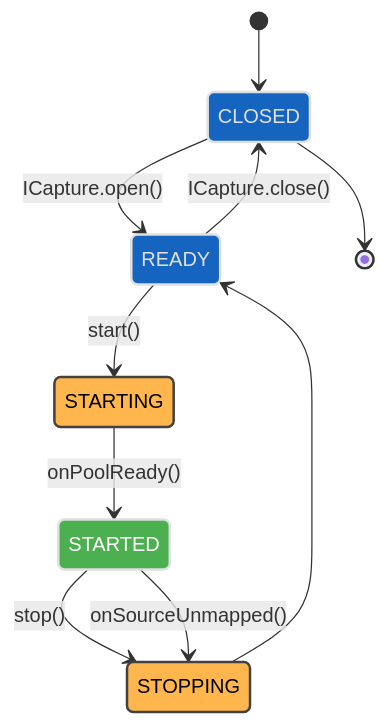
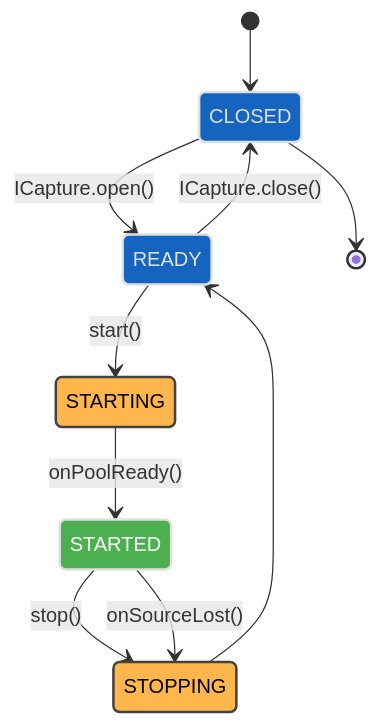
The third of 5 diagrams in capture/current/docs/capture_interface.md (rdkcentral/rdk-halif-aidl), drawn with Mermaid before and after one commit. The commit also changed other lines of this file and 3 other files, not shown here.

````diff
--- a/capture/current/docs/capture_interface.md
+++ b/capture/current/docs/capture_interface.md
@@ -235,20 +235,20 @@
 ```mermaid
 stateDiagram-v2
     [*] --> CLOSED
     CLOSED --> READY: ICapture.open()
     READY --> STARTING: start()
     STARTING --> STARTED: onPoolReady()
     STARTED --> STOPPING: stop()
-    STARTED --> STOPPING: onSourceUnmapped()
+    STARTED --> STOPPING: onSourceLost()
     STOPPING --> READY
     READY --> CLOSED: ICapture.close()
     CLOSED --> [*]
 
     classDef settled  fill:#1565C0,stroke:#E0E0E0,stroke-width:2px,color:#E0E0E0;
     classDef transient fill:#FFB74D,stroke:#424242,stroke-width:2px,color:#000000;
     classDef running  fill:#4CAF50,stroke:#E0E0E0,stroke-width:2px,color:#FFFFFF;
 
     class CLOSED,READY settled
     class STARTING,STOPPING transient
     class STARTED running
 ```
````
